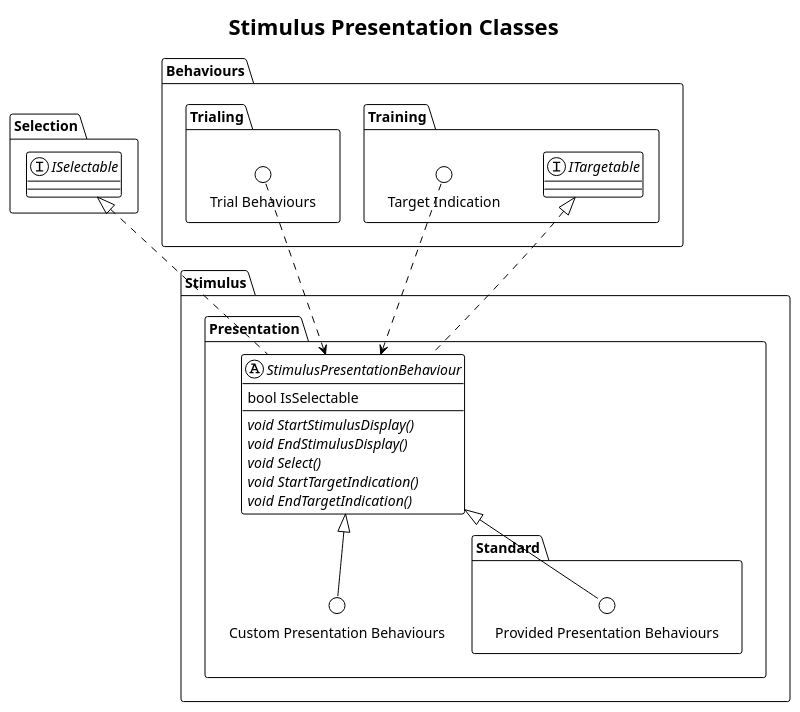
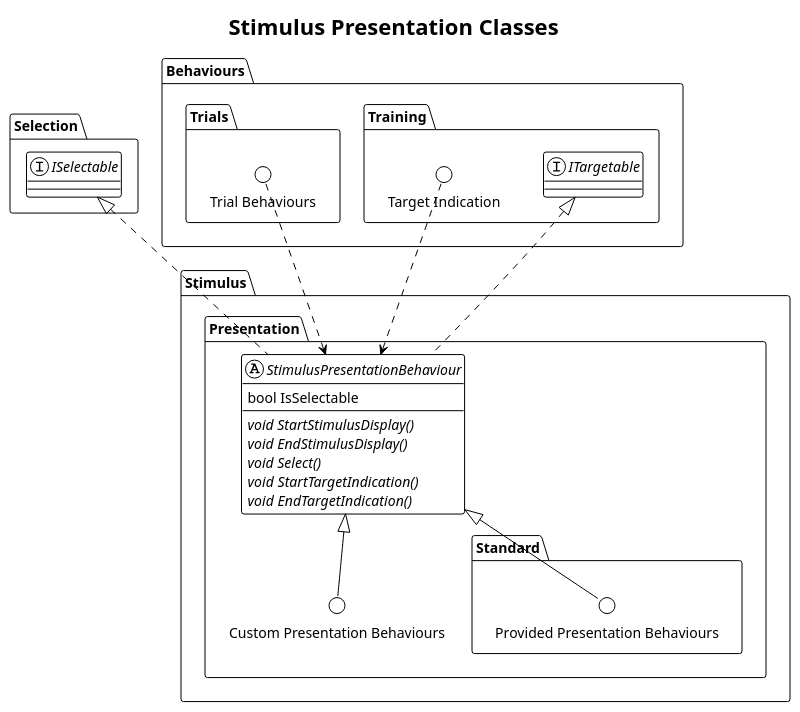
The diagram in content/bessy-unity/stimulus/presentation/stimulus-presentation.plantuml (BCI-Games/bessy-docs), drawn with PlantUML before and after one commit. The commit also changed 21 other files, not shown here.

Commit message:
Renamed "Trials" namespace

```diff
--- a/content/bessy-unity/stimulus/presentation/stimulus-presentation.plantuml
+++ b/content/bessy-unity/stimulus/presentation/stimulus-presentation.plantuml
@@ -1,44 +1,44 @@
 @startuml stimulus-presentation
 !theme plain
 title
 Stimulus Presentation Classes
 end title
 
 interface Selection.ISelectable
 interface Behaviours.Training.ITargetable
 
 namespace Behaviours {
     namespace Training {
         interface ITargetable
         circle "Target Indication" as targetting
         targetting ..> .Stimulus.Presentation.StimulusPresentationBehaviour
     }
 
-    namespace Trialing {
-        circle "Trial Behaviours" as trialing
-        trialing ..> .Stimulus.Presentation.StimulusPresentationBehaviour
+    namespace Trials {
+        circle "Trial Behaviours" as trials
+        trials ..> .Stimulus.Presentation.StimulusPresentationBehaviour
     }
 }
 
 namespace Stimulus {
     namespace Presentation {
         abstract StimulusPresentationBehaviour implements .Selection.ISelectable, .Behaviours.Training.ITargetable {
             bool IsSelectable
             {abstract} void StartStimulusDisplay()
             {abstract} void EndStimulusDisplay()
             {abstract} void Select()
             {abstract} void StartTargetIndication()
             {abstract} void EndTargetIndication()
         }
 
         namespace Standard {
             circle "Provided Presentation Behaviours" as behaviours
             StimulusPresentationBehaviour <|-- behaviours
         }
 
         circle "Custom Presentation Behaviours" as custom
         StimulusPresentationBehaviour <|-- custom 
     }
 }
 
 @enduml
```
